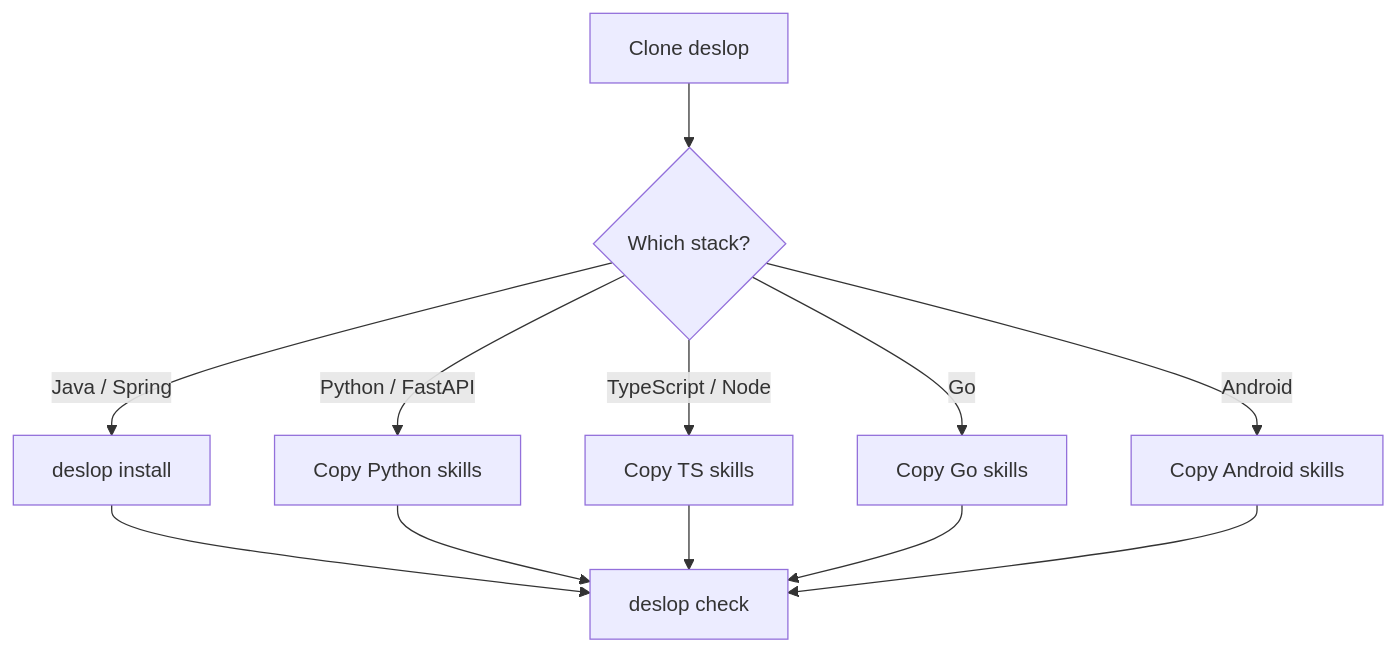
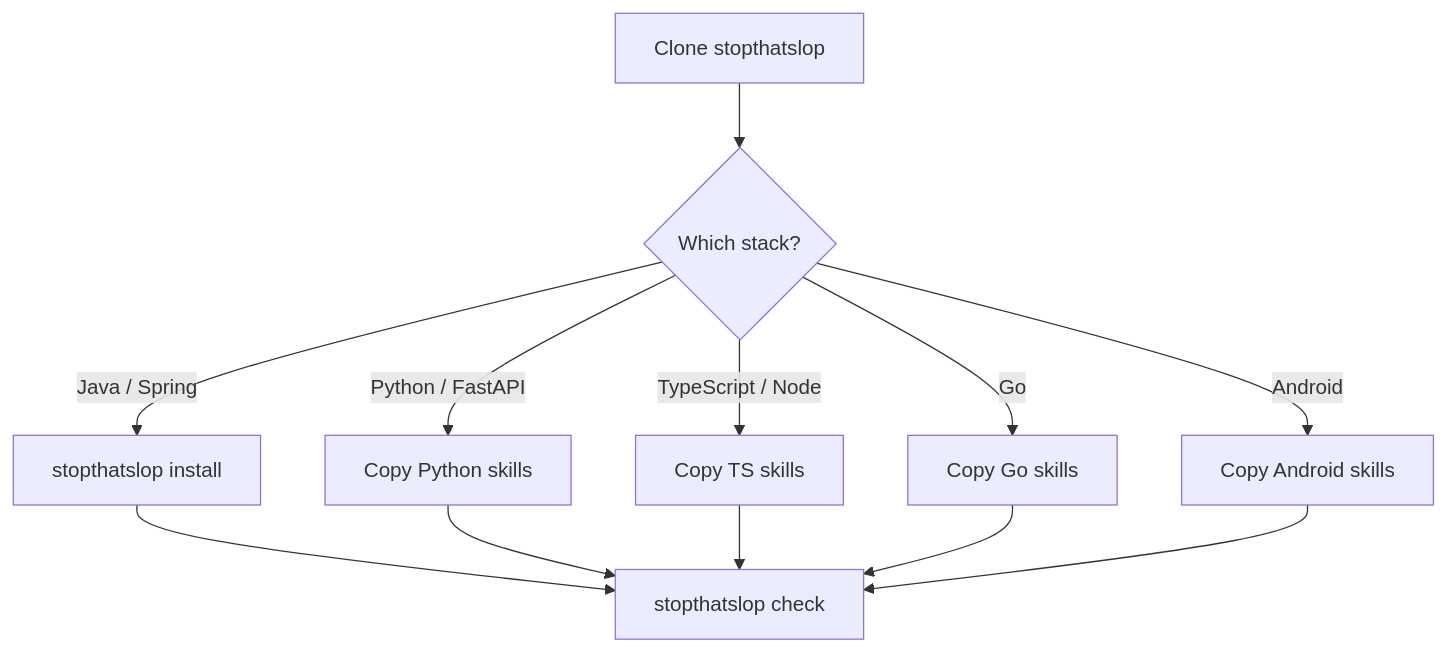
Before and after one commit to Amaresh/deslop: the fourth of 5 diagrams in README.md, drawn with Mermaid. The commit also changed other lines of this file and 78 other files, not shown here.

First line of the commit message:
Rename the public CLI and packs from deslop to stopthatslop.

````diff
--- a/README.md
+++ b/README.md
@@ -172,14 +174,14 @@
 ```mermaid
 flowchart TD
-  Clone["Clone deslop"] --> Pick{"Which stack?"}
-  Pick -->|"Java / Spring"| Inst["deslop install"]
+  Clone["Clone stopthatslop"] --> Pick{"Which stack?"}
+  Pick -->|"Java / Spring"| Inst["stopthatslop install"]
   Pick -->|"Python / FastAPI"| CopyP["Copy Python skills"]
   Pick -->|"TypeScript / Node"| CopyT["Copy TS skills"]
   Pick -->|"Go"| CopyG["Copy Go skills"]
   Pick -->|"Android"| CopyA["Copy Android skills"]
-  Inst --> CI["deslop check"]
+  Inst --> CI["stopthatslop check"]
   CopyP --> CI
   CopyT --> CI
   CopyG --> CI
   CopyA --> CI
 ```
````
